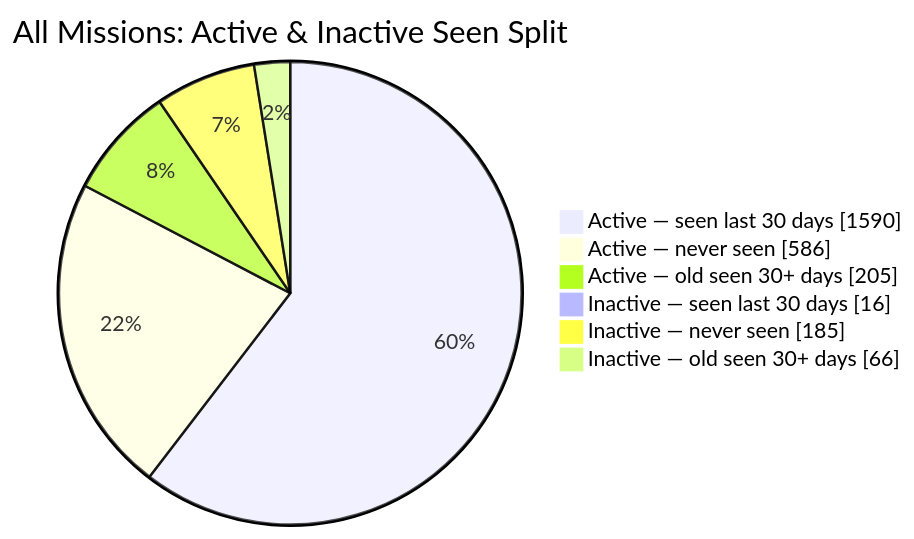
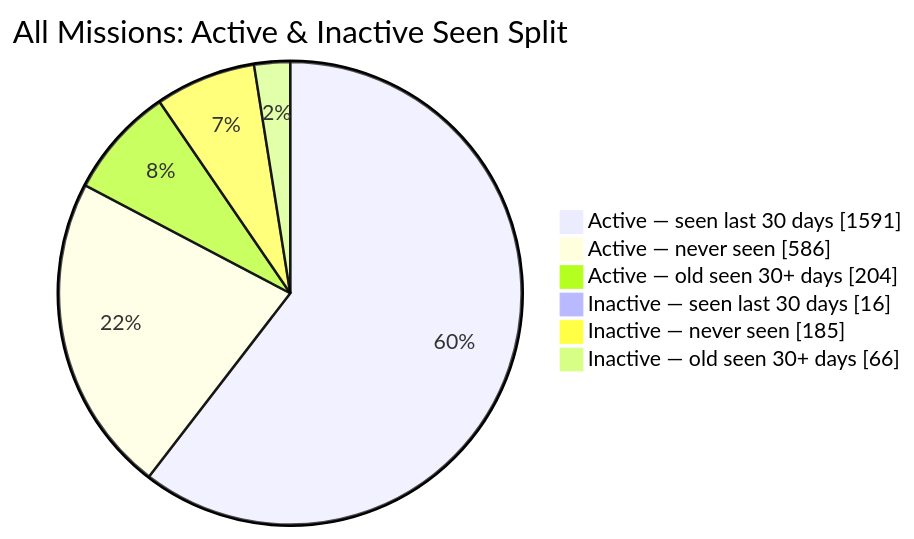
One commit to MeldkamerspelGameTeam/active-missions changed the second of 2 diagrams in README.md. Above: the diagram before and after it, drawn with Mermaid. The commit also changed other lines of this file and 2 other files, not shown here.

````diff
--- a/README.md
+++ b/README.md
@@ -44,10 +44,10 @@
 ```mermaid
 pie showData
     title All Missions: Active & Inactive Seen Split
-    "Active — seen last 30 days" : 1590
+    "Active — seen last 30 days" : 1591
     "Active — never seen" : 586
-    "Active — old seen 30+ days" : 205
+    "Active — old seen 30+ days" : 204
     "Inactive — seen last 30 days" : 16
     "Inactive — never seen" : 185
     "Inactive — old seen 30+ days" : 66
 ```
````
